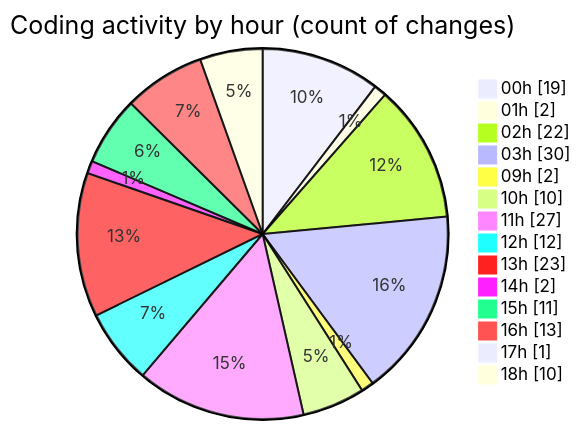
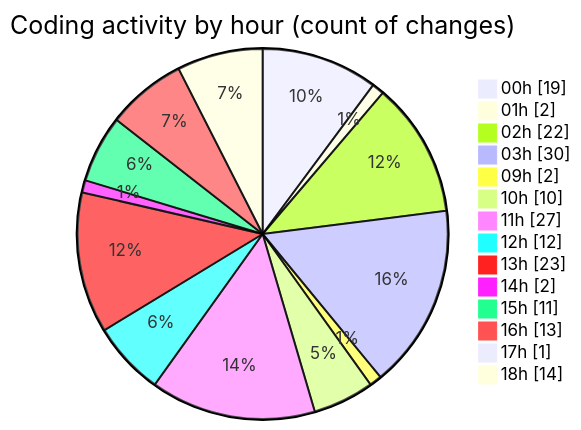
The second of 2 diagrams in 2025-10-21/eventscop-frontend-guide__workspace_/README.md (julien-gomy/code-tracking), drawn with Mermaid before and after one commit. The commit also changed other lines of this file and 1 other file, not shown here.

````diff
--- a/2025-10-21/eventscop-frontend-guide__workspace_/README.md
+++ b/2025-10-21/eventscop-frontend-guide__workspace_/README.md
@@ -63,18 +63,18 @@
 ```mermaid
 pie showData
 title Coding activity by hour (count of changes)
 "00h" : 19
 "01h" : 2
 "02h" : 22
 "03h" : 30
 "09h" : 2
 "10h" : 10
 "11h" : 27
 "12h" : 12
 "13h" : 23
 "14h" : 2
 "15h" : 11
 "16h" : 13
 "17h" : 1
-"18h" : 10
+"18h" : 14
 ```
````
